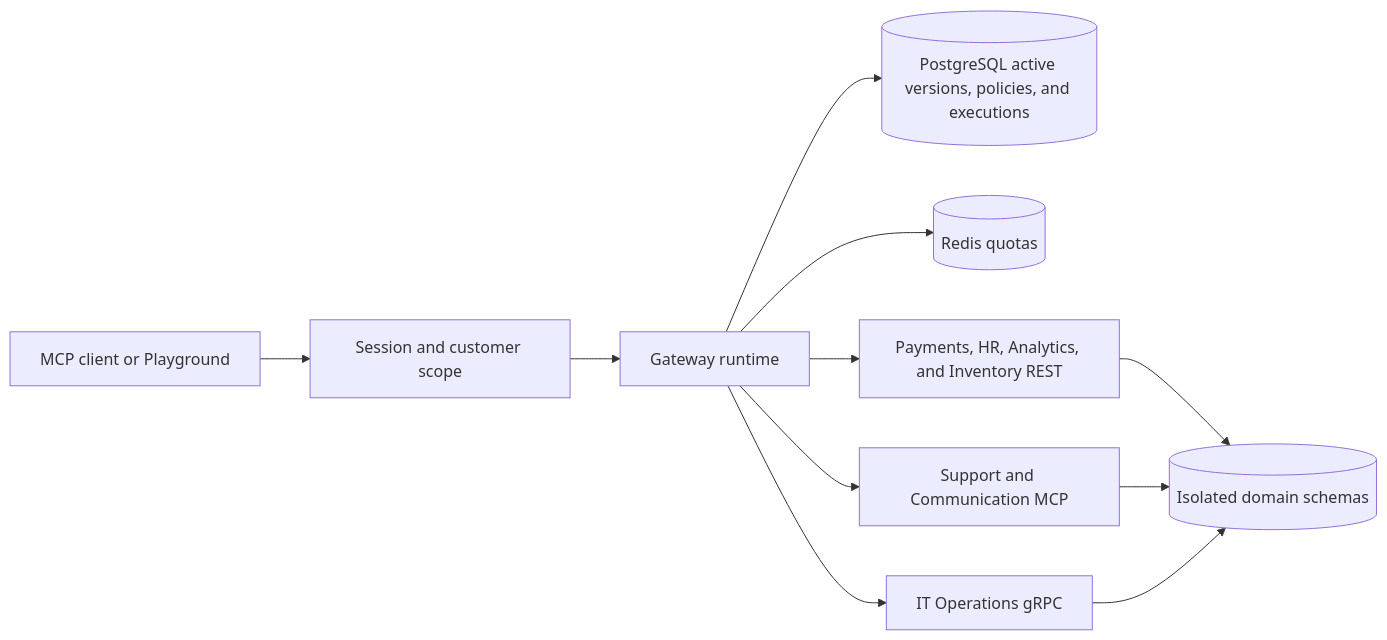
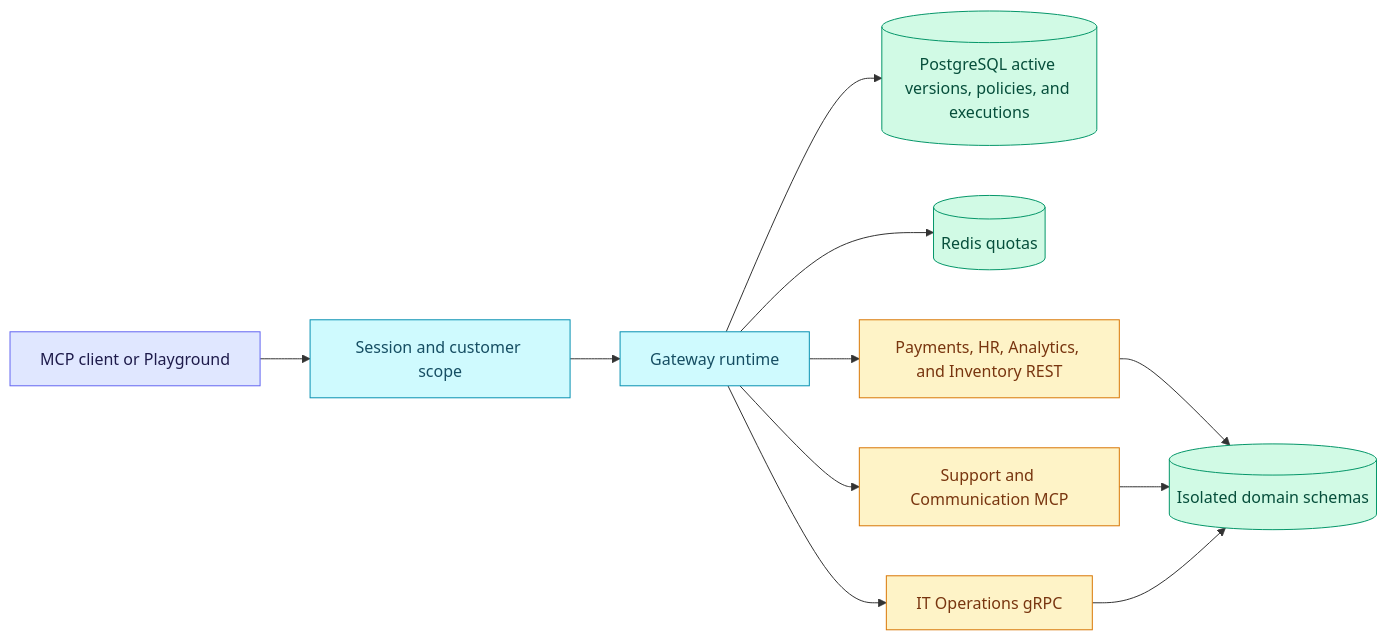
One commit to NagaRamya1531-tech/ToolMesh-AI changed the second of 13 diagrams in docs/architecture.md. Above: the diagram before and after it, drawn with Mermaid. The commit also changed other lines of this file and 26 other files, not shown here.

Commit message:
Complete M8 OpenAI Playground and architecture refresh

````diff
--- a/docs/architecture.md
+++ b/docs/architecture.md
@@ -35,13 +43,21 @@
 ```mermaid
 flowchart LR
     Caller["MCP client or Playground"] --> Auth["Session and customer scope"]
     Auth --> Runtime["Gateway runtime"]
     Runtime --> Catalog[("PostgreSQL active versions, policies, and executions")]
     Runtime --> Quota[("Redis quotas")]
     Runtime --> REST["Payments, HR, Analytics, and Inventory REST"]
     Runtime --> MCP["Support and Communication MCP"]
     Runtime --> GRPC["IT Operations gRPC"]
     REST --> State[("Isolated domain schemas")]
     MCP --> State
     GRPC --> State
+    classDef client fill:#e0e7ff,stroke:#6366f1,color:#1e1b4b
+    classDef plane fill:#cffafe,stroke:#0891b2,color:#164e63
+    classDef store fill:#d1fae5,stroke:#059669,color:#064e3b
+    classDef boundary fill:#fef3c7,stroke:#d97706,color:#78350f
+    class Caller client
+    class Auth,Runtime plane
+    class Catalog,Quota,State store
+    class REST,MCP,GRPC boundary
 ```
````
